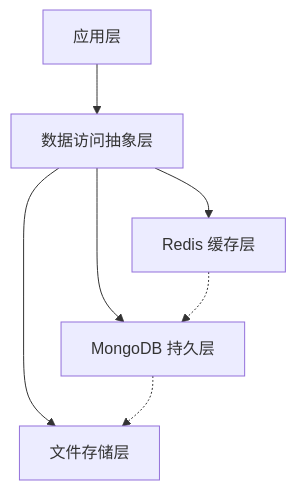
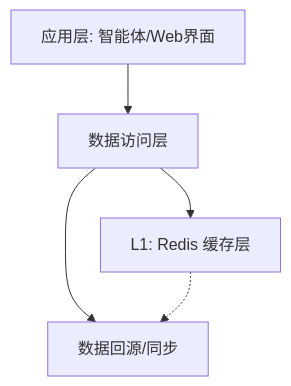
The first of 3 diagrams in docs/architecture/database-architecture.md (YUHAO-corn/manufacturing-agents), drawn with Mermaid before and after one commit. The commit also changed other lines of this file and 3 other files, not shown here.

````diff
--- a/docs/architecture/database-architecture.md
+++ b/docs/architecture/database-architecture.md
@@ -11,9 +11,7 @@
 ```mermaid
 graph TD
-    A[应用层] --> B[数据访问抽象层]
-    B --> C[Redis 缓存层]
-    B --> D[MongoDB 持久层]
-    B --> E[文件存储层]
-    C -.-> D
-    D -.-> E
+    A[应用层: 智能体/Web界面] --> B[数据访问层]
+    B --> C[L1: Redis 缓存层]
+    B --> D[L2: MongoDB 持久层]
+    C -.-> D[数据回源/同步]
 ```
````
